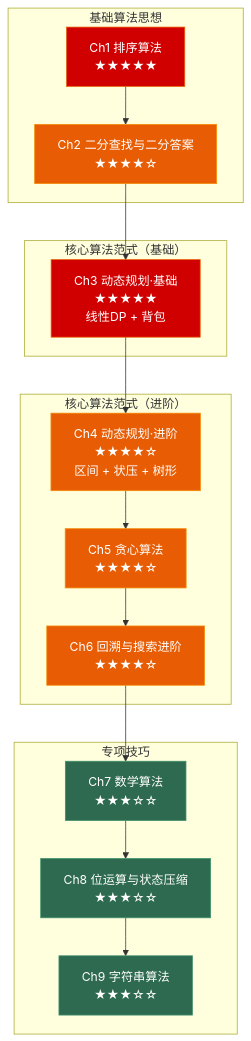
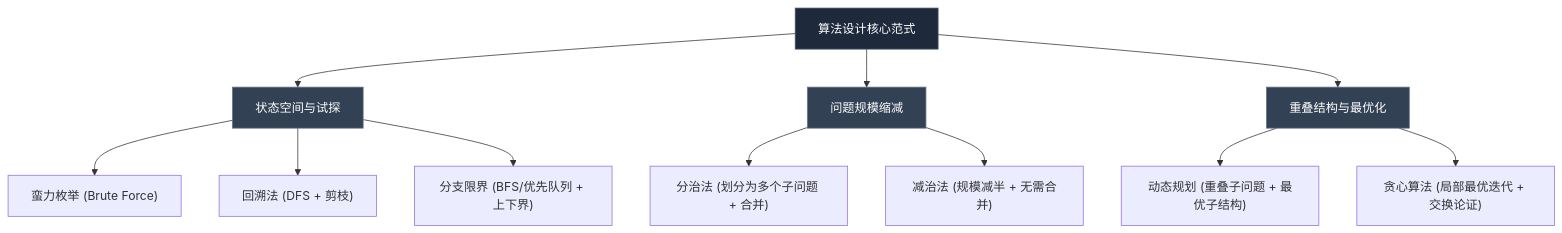
The diagram in src/content/posts/algorithm/index.md (Lumivers/firefly), drawn with Mermaid before and after one commit. The commit also changed other lines of this file and 39 other files, not shown here.

````diff
--- a/src/content/posts/algorithm/index.md
+++ b/src/content/posts/algorithm/index.md
@@ -23,35 +35,21 @@
 ```mermaid
 graph TD
-    subgraph "基础算法思想"
-        Ch1["Ch1 排序算法\n★★★★★"]
-        Ch2["Ch2 二分查找与二分答案\n★★★★☆"]
-    end
+    A["算法设计核心范式"] --> B["状态空间与试探"]
+    A --> C["问题规模缩减"]
+    A --> D["重叠结构与最优化"]
 
-    subgraph "核心算法范式（基础）"
-        Ch3["Ch3 动态规划·基础\n★★★★★\n线性DP + 背包"]
-    end
+    B --> B1["蛮力枚举 (Brute Force)"]
+    B --> B2["回溯法 (DFS + 剪枝)"]
+    B --> B3["分支限界 (BFS/优先队列 + 上下界)"]
 
-    subgraph "核心算法范式（进阶）"
-        Ch4["Ch4 动态规划·进阶\n★★★★☆\n区间 + 状压 + 树形"]
-        Ch5["Ch5 贪心算法\n★★★★☆"]
-        Ch6["Ch6 回溯与搜索进阶\n★★★★☆"]
-    end
+    C --> C1["分治法 (划分为多个子问题 + 合并)"]
+    C --> C2["减治法 (规模减半 + 无需合并)"]
 
-    subgraph "专项技巧"
-        Ch7["Ch7 数学算法\n★★★☆☆"]
-        Ch8["Ch8 位运算与状态压缩\n★★★☆☆"]
-        Ch9["Ch9 字符串算法\n★★★☆☆"]
-    end
+    D --> D1["动态规划 (重叠子问题 + 最优子结构)"]
+    D --> D2["贪心算法 (局部最优迭代 + 交换论证)"]
 
-    Ch1 --> Ch2 --> Ch3 --> Ch4 --> Ch5 --> Ch6 --> Ch7 --> Ch8 --> Ch9
-
-    style Ch1 fill:#d00000,stroke:#e85d04,color:white
-    style Ch2 fill:#e85d04,stroke:#f48c06,color:white
-    style Ch3 fill:#d00000,stroke:#e85d04,color:white
-    style Ch4 fill:#e85d04,stroke:#f48c06,color:white
-    style Ch5 fill:#e85d04,stroke:#f48c06,color:white
-    style Ch6 fill:#e85d04,stroke:#f48c06,color:white
-    style Ch7 fill:#2d6a4f,stroke:#40916c,color:white
-    style Ch8 fill:#2d6a4f,stroke:#40916c,color:white
-    style Ch9 fill:#2d6a4f,stroke:#40916c,color:white
+    style A fill:#1e293b,stroke:#475569,color:#fff
+    style B fill:#334155,stroke:#64748b,color:#fff
+    style C fill:#334155,stroke:#64748b,color:#fff
+    style D fill:#334155,stroke:#64748b,color:#fff
 ```
````
